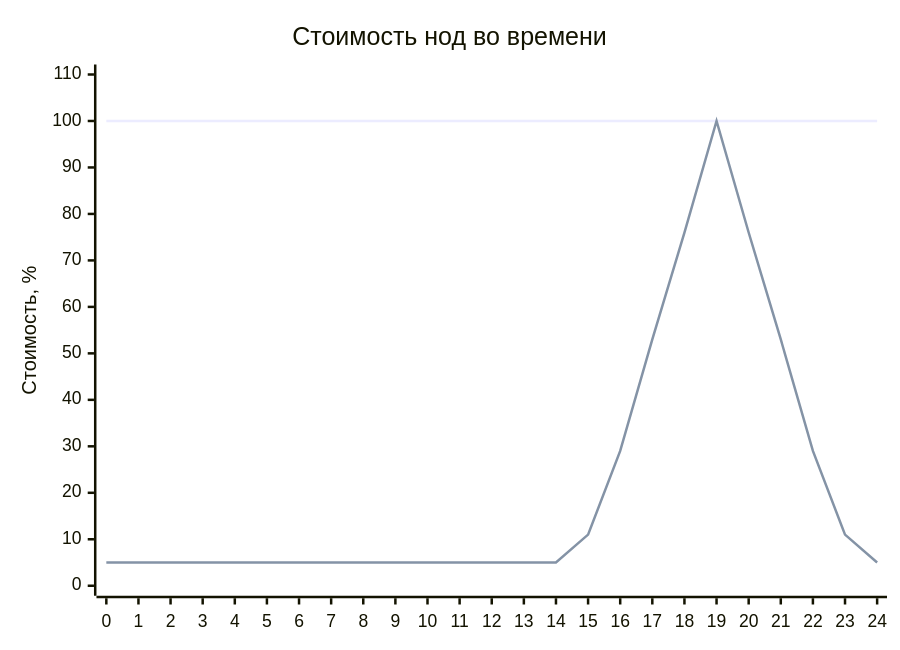
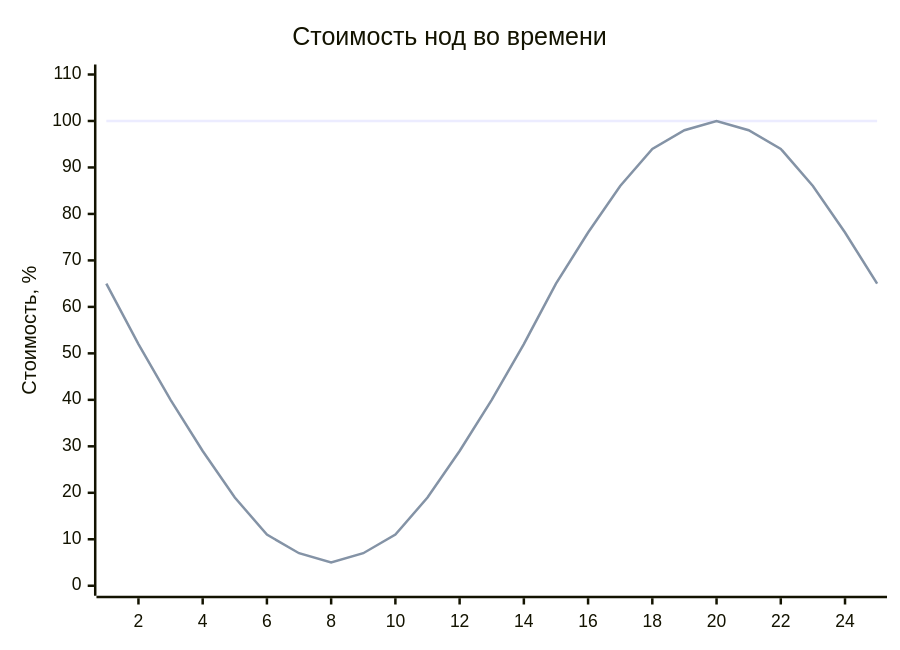
The second of 2 diagrams in README.md (patsevanton/k8s-priority-eviction-autoscaling), drawn with Mermaid before and after one commit.

Commit message:
docs: синусоида стоимости нод с одним пиком в 19 часов

````diff
--- a/README.md
+++ b/README.md
@@ -344,8 +344,7 @@
 ```mermaid
 xychart-beta
     title "Стоимость нод во времени"
-    x-axis [0,1,2,3,4,5,6,7,8,9,10,11,12,13,14,15,16,17,18,19,20,21,22,23,24]
     y-axis "Стоимость, %" 0 --> 110
     line "Статические ноды" [100,100,100,100,100,100,100,100,100,100,100,100,100,100,100,100,100,100,100,100,100,100,100,100,100]
-    line "Node overprovisioning" [5,5,5,5,5,5,5,5,5,5,5,5,5,5,5,11,29,53,76,100,76,53,29,11,5]
+    line "Node overprovisioning" [65,52,40,29,19,11,7,5,7,11,19,29,40,52,65,76,86,94,98,100,98,94,86,76,65]
 ```
````
